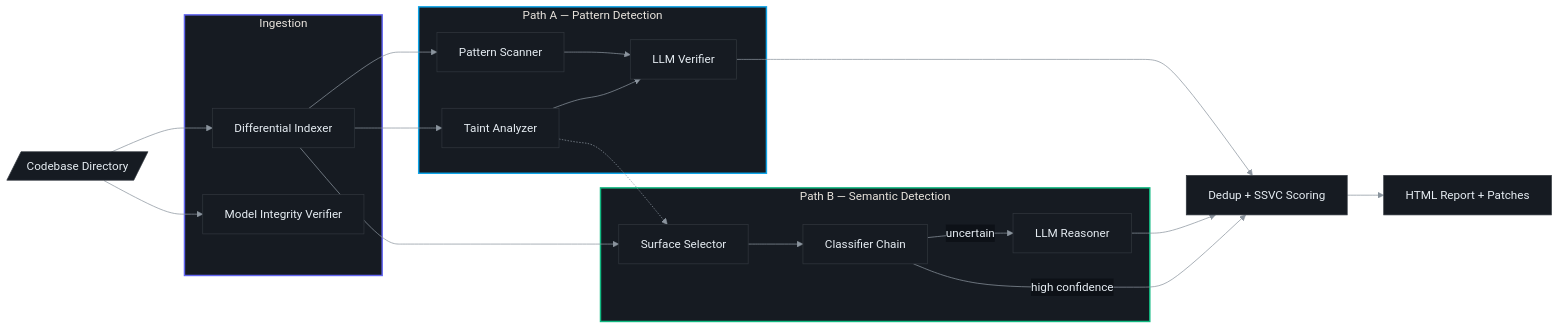
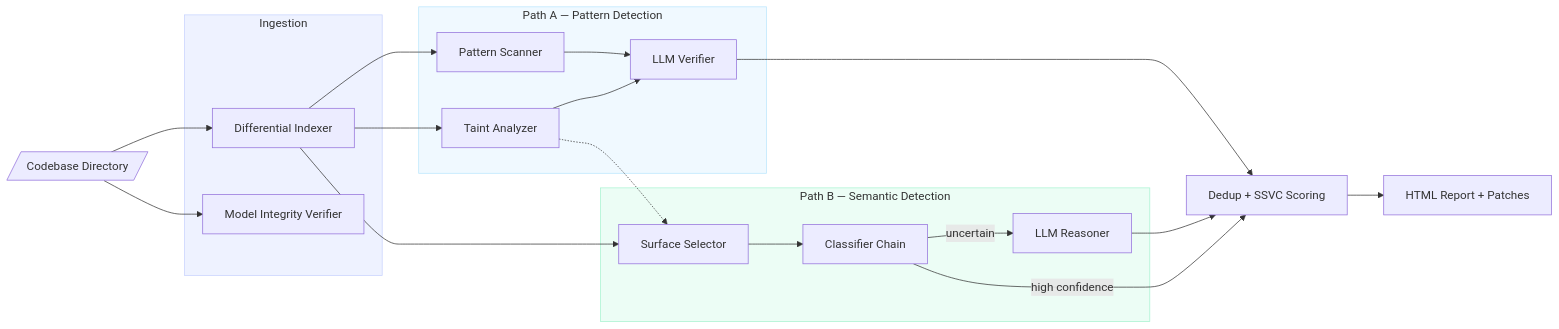
One commit to hoangharry-tm/ZeroTrust.sh changed the diagram in README.md. Above: the diagram before and after it, drawn with Mermaid.

Commit message:
docs: fix Mermaid subgraph colors — use visible pastel tints from general-solution-3.mmd

````diff
--- a/README.md
+++ b/README.md
@@ -107,44 +107,43 @@
 ```mermaid
-%%{init: {'theme': 'base', 'themeVariables': { 'background': '#0d1117', 'primaryColor': '#161b22', 'primaryBorderColor': '#30363d', 'primaryTextColor': '#e6edf3', 'lineColor': '#8b949e', 'secondaryColor': '#0d1117', 'tertiaryColor': '#161b22', 'fontFamily': 'JetBrains Mono, monospace' }}}%%
 flowchart LR
     Input[/"Codebase Directory"/]
 
     subgraph Ingestion["Ingestion"]
         DI["Differential Indexer"]
         MIV["Model Integrity Verifier"]
     end
 
     subgraph PA["Path A — Pattern Detection"]
         PS["Pattern Scanner"]
         TA["Taint Analyzer"]
         LV["LLM Verifier"]
     end
 
     subgraph PB["Path B — Semantic Detection"]
         SS["Surface Selector"]
         CC["Classifier Chain"]
         LR["LLM Reasoner"]
     end
 
     Input --> DI
     Input --> MIV
     DI --> PS
     DI --> TA
     DI --> SS
     TA --> LV
     PS --> LV
     TA -.-> SS
     SS --> CC
     CC -->|"uncertain"| LR
 
     LV --> Dedup
     CC -->|"high confidence"| Dedup
     LR --> Dedup
 
     Dedup["Dedup + SSVC Scoring"]
     Dedup --> Report["HTML Report + Patches"]
 
-    style Ingestion fill:#161b22,stroke:#6366f1,stroke-width:2px
-    style PA fill:#161b22,stroke:#0ea5e9,stroke-width:2px
-    style PB fill:#161b22,stroke:#10b981,stroke-width:2px
+    style Ingestion fill:#eef2ff,stroke:#c7d2fe
+    style PA fill:#f0f9ff,stroke:#bae6fd
+    style PB fill:#ecfdf5,stroke:#a7f3d0
 ```
````
